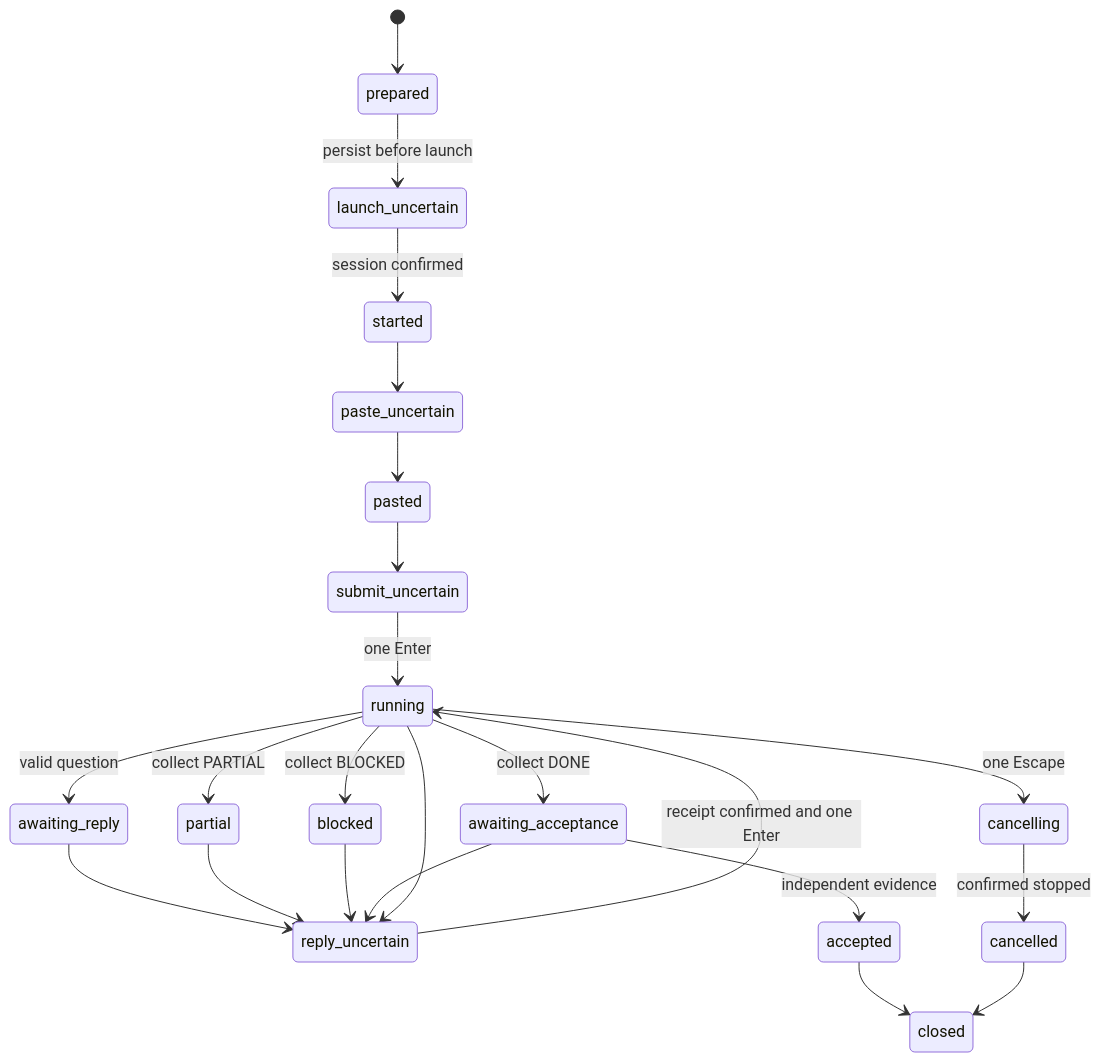
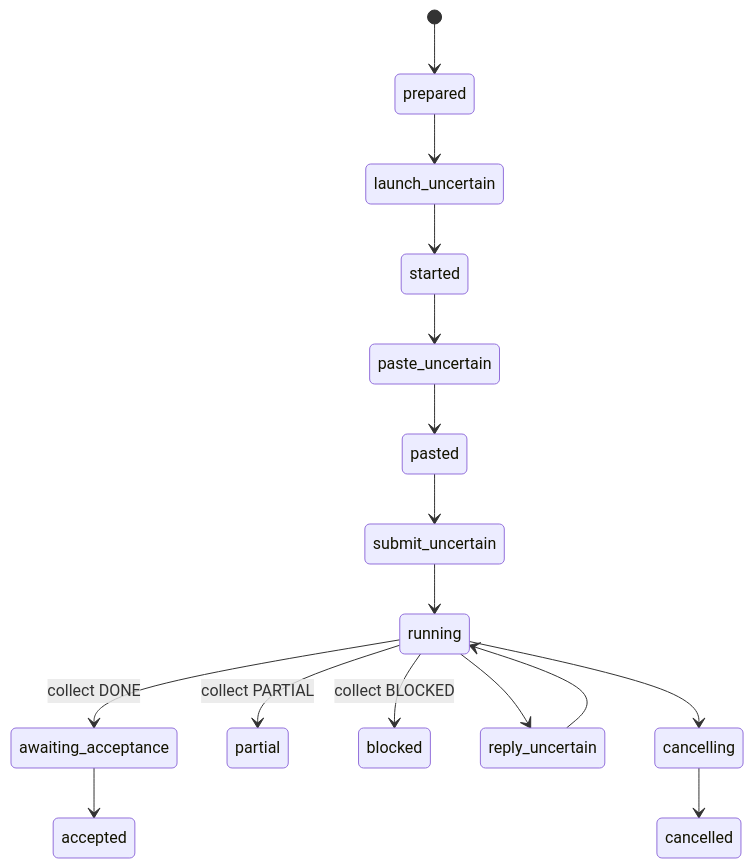
Before and after one commit to g2uzi2018-stack/tmux-terminal-control: the diagram in docs/state-machine.md, drawn with Mermaid. The commit also changed other lines of this file and 27 other files, not shown here.

````diff
--- a/docs/state-machine.md
+++ b/docs/state-machine.md
@@ -3,25 +3,18 @@
 ```mermaid
 stateDiagram-v2
     [*] --> prepared
-    prepared --> launch_uncertain: persist before launch
-    launch_uncertain --> started: session confirmed
+    prepared --> launch_uncertain
+    launch_uncertain --> started
     started --> paste_uncertain
     paste_uncertain --> pasted
     pasted --> submit_uncertain
-    submit_uncertain --> running: one Enter
-    running --> awaiting_reply: valid question
+    submit_uncertain --> running
     running --> awaiting_acceptance: collect DONE
     running --> partial: collect PARTIAL
     running --> blocked: collect BLOCKED
-    awaiting_reply --> reply_uncertain
-    partial --> reply_uncertain
-    blocked --> reply_uncertain
-    awaiting_acceptance --> reply_uncertain
     running --> reply_uncertain
-    reply_uncertain --> running: receipt confirmed and one Enter
-    awaiting_acceptance --> accepted: independent evidence
-    running --> cancelling: one Escape
-    cancelling --> cancelled: confirmed stopped
-    accepted --> closed
-    cancelled --> closed
+    reply_uncertain --> running
+    awaiting_acceptance --> accepted
+    running --> cancelling
+    cancelling --> cancelled
 ```
````
